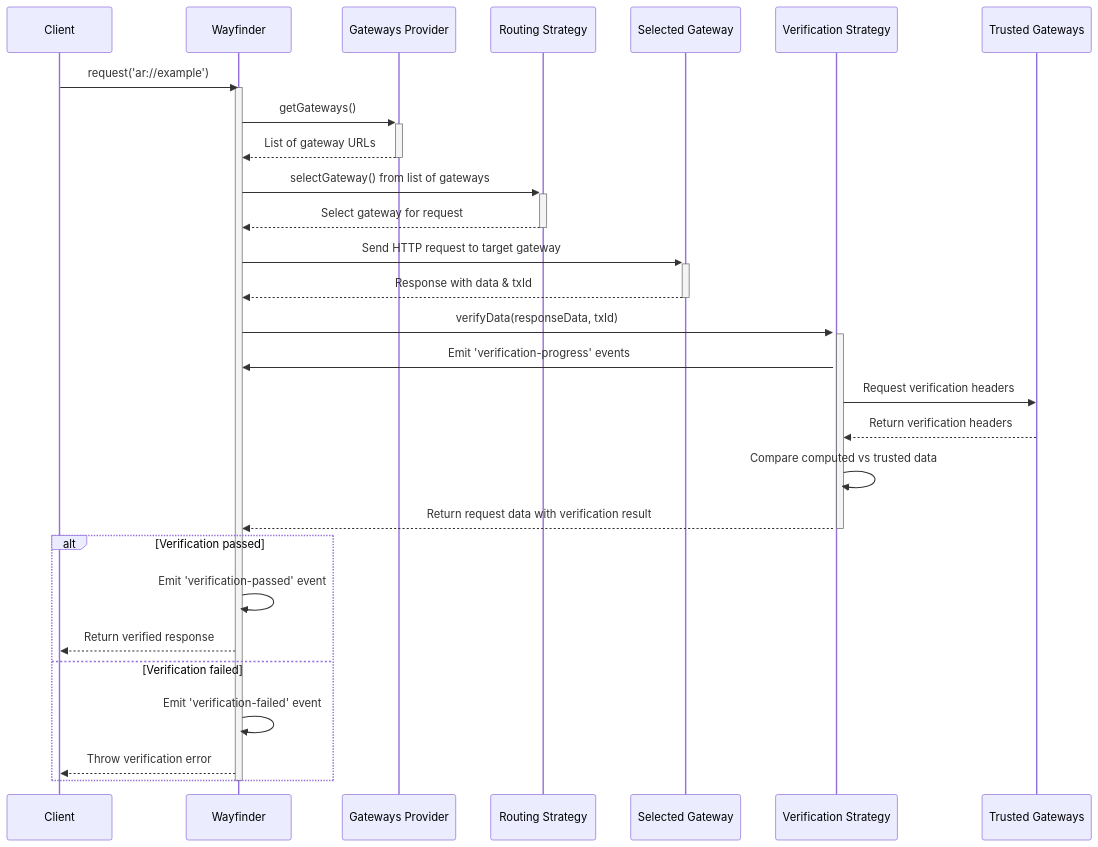
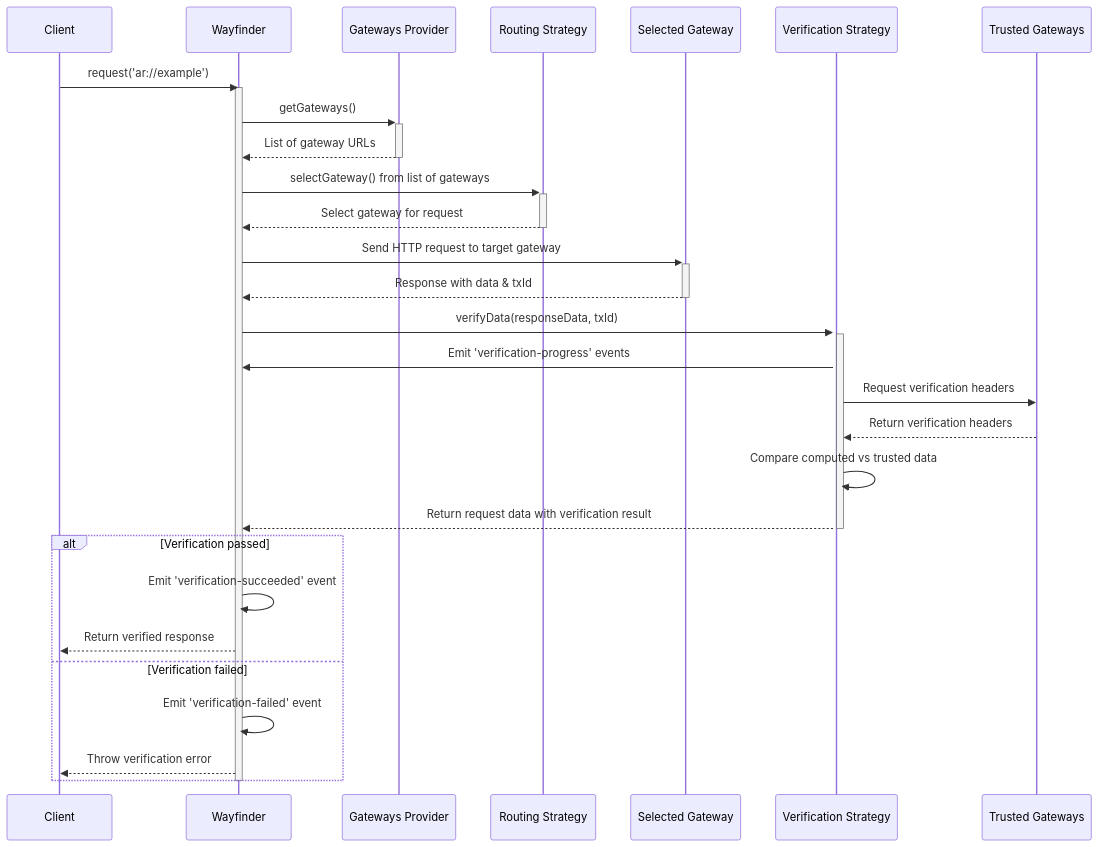
One commit to ar-io/ar-io-sdk changed the diagram in WAYFINDER.md. Above: the diagram before and after it, drawn with Mermaid. The commit also changed 3 other files, not shown here.

````diff
--- a/WAYFINDER.md
+++ b/WAYFINDER.md
@@ -291,40 +291,40 @@
 ```mermaid
 sequenceDiagram
     participant Client
     participant Wayfinder
     participant Gateways Provider
     participant Routing Strategy
     participant Selected Gateway
     participant Verification Strategy
     participant Trusted Gateways
 
     Client->>Wayfinder: request('ar://example')
     activate Wayfinder
 
     Wayfinder->>+Gateways Provider: getGateways()
     Gateways Provider-->>-Wayfinder: List of gateway URLs
 
     Wayfinder->>+Routing Strategy: selectGateway() from list of gateways
     Routing Strategy-->>-Wayfinder: Select gateway for request
 
     Wayfinder->>+Selected Gateway: Send HTTP request to target gateway
     Selected Gateway-->>-Wayfinder: Response with data & txId
 
     activate Verification Strategy
     Wayfinder->>+Verification Strategy: verifyData(responseData, txId)
     Verification Strategy->>Wayfinder: Emit 'verification-progress' events
     Verification Strategy->>Trusted Gateways: Request verification headers
     Trusted Gateways-->>Verification Strategy: Return verification headers
     Verification Strategy->>Verification Strategy: Compare computed vs trusted data
     Verification Strategy-->>-Wayfinder: Return request data with verification result
 
     alt Verification passed
-        Wayfinder->>Wayfinder: Emit 'verification-passed' event
+        Wayfinder->>Wayfinder: Emit 'verification-succeeded' event
         Wayfinder-->>Client: Return verified response
     else Verification failed
         Wayfinder->>Wayfinder: Emit 'verification-failed' event
         Wayfinder-->>Client: Throw verification error
     end
 
     deactivate Wayfinder
 ```
````
